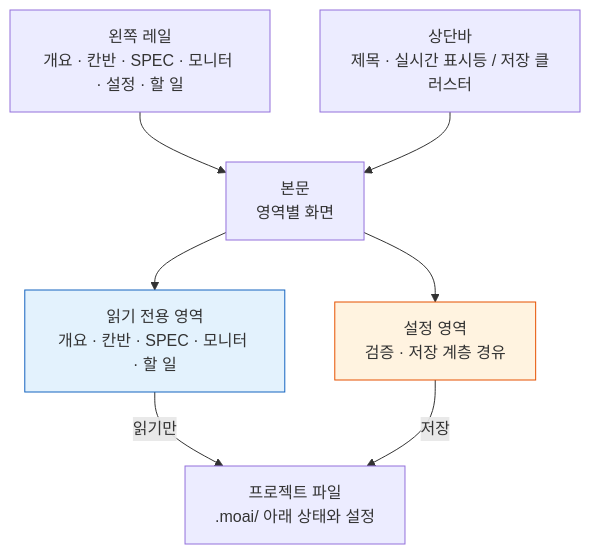
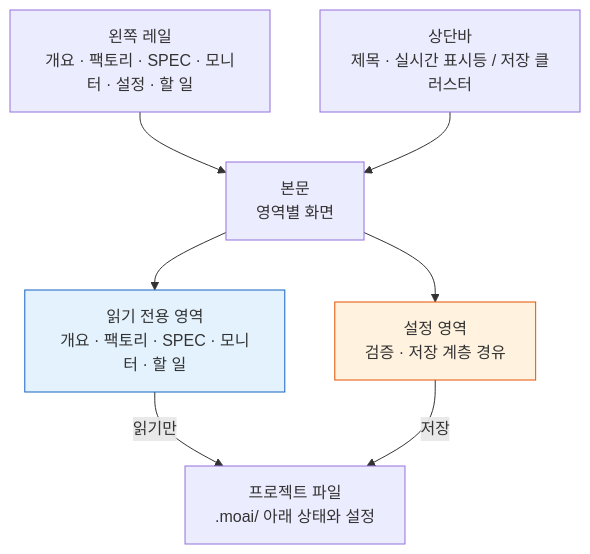
One commit to modu-ai/moai-adk changed the diagram in docs-site/content/ko/advanced/moai-web-console.md. Above: the diagram before and after it, drawn with Mermaid. The commit also changed other lines of this file and 61 other files, not shown here.

````diff
--- a/docs-site/content/ko/advanced/moai-web-console.md
+++ b/docs-site/content/ko/advanced/moai-web-console.md
@@ -32,19 +32,19 @@
 ```mermaid
 flowchart TD
-    Rail["왼쪽 레일<br/>개요 · 칸반 · SPEC · 모니터 · 설정 · 할 일"]
+    Rail["왼쪽 레일<br/>개요 · 팩토리 · SPEC · 모니터 · 설정 · 할 일"]
     Top["상단바<br/>제목 · 실시간 표시등 / 저장 클러스터"]
     Body["본문<br/>영역별 화면"]
-    Read["읽기 전용 영역<br/>개요 · 칸반 · SPEC · 모니터 · 할 일"]
+    Read["읽기 전용 영역<br/>개요 · 팩토리 · SPEC · 모니터 · 할 일"]
     Write["설정 영역<br/>검증 · 저장 계층 경유"]
     Files["프로젝트 파일<br/>.moai/ 아래 상태와 설정"]
 
     Rail --> Body
     Top --> Body
     Body --> Read
     Body --> Write
     Read -->|읽기만| Files
     Write -->|저장| Files
 
     style Read fill:#E3F2FD,stroke:#1565C0
     style Write fill:#FFF3E0,stroke:#E65100
 ```
````
